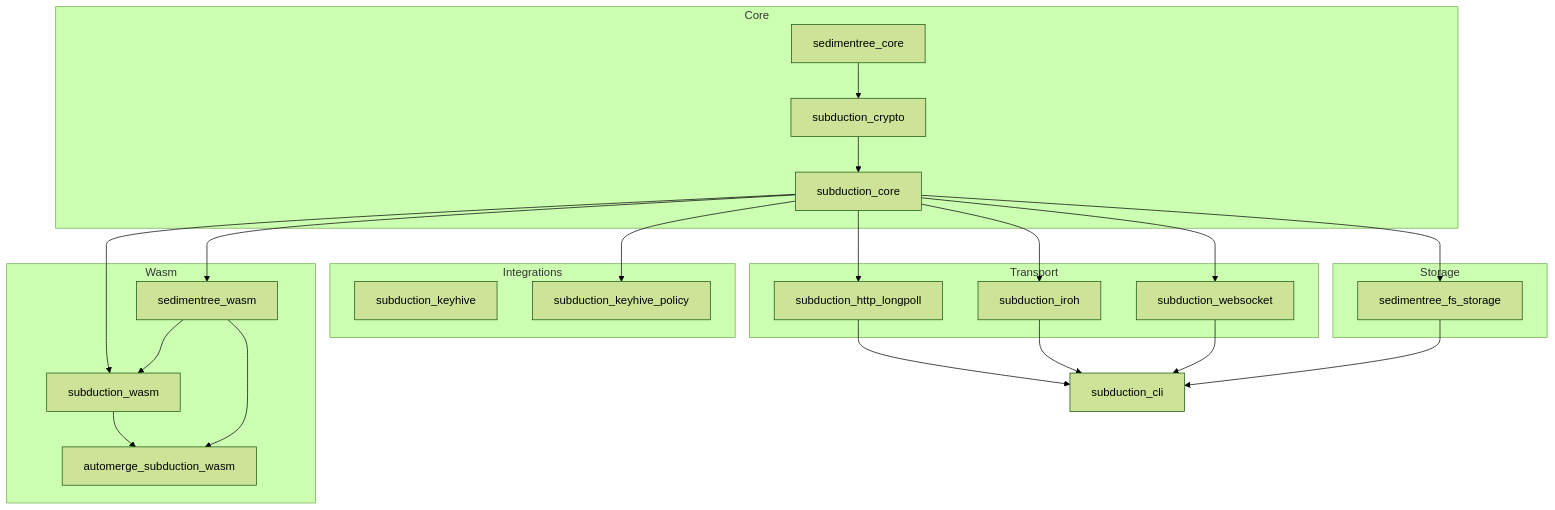
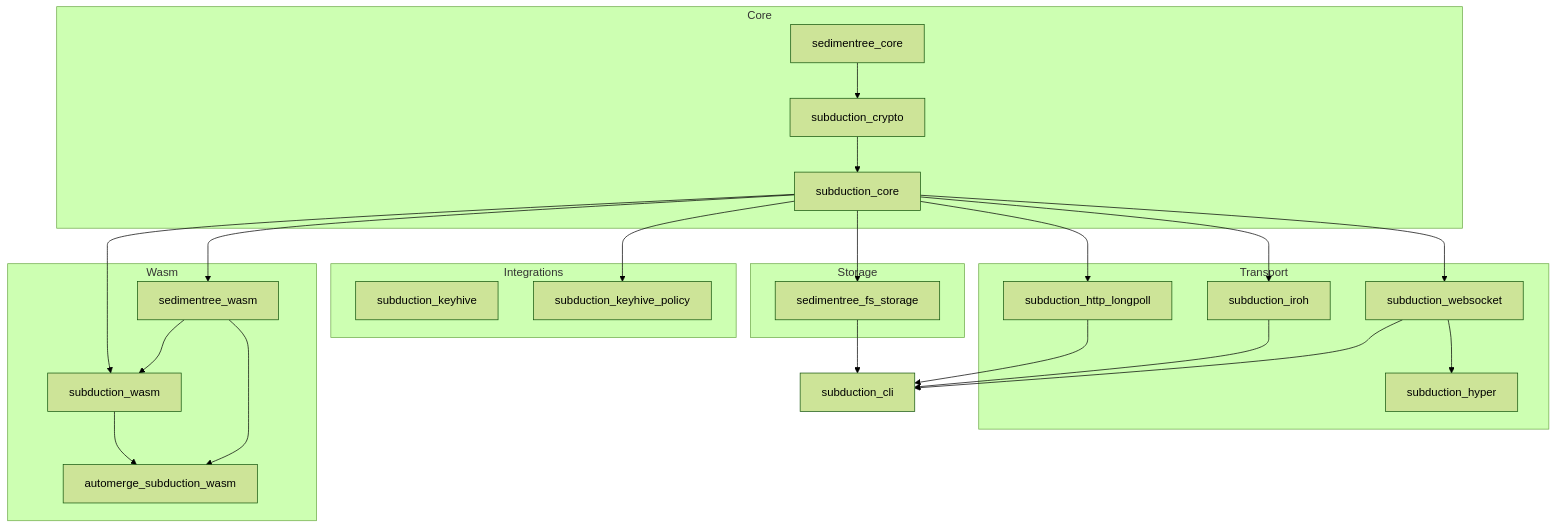
Before and after one commit to inkandswitch/subduction: the diagram in README.md, drawn with Mermaid (forest theme). The commit also changed other lines of this file and 14 other files, not shown here.

````diff
--- a/README.md
+++ b/README.md
@@ -29,52 +29,54 @@
 ```mermaid
 graph TD
     subgraph Core
         sedimentree_core
         subduction_crypto
         subduction_core
     end
 
     subgraph Storage
         sedimentree_fs_storage
     end
 
     subgraph Transport
         subduction_http_longpoll
+        subduction_hyper
         subduction_iroh
         subduction_websocket
     end
 
     subgraph Integrations
         subduction_keyhive
         subduction_keyhive_policy
     end
 
     subgraph Wasm
         sedimentree_wasm
         subduction_wasm
         automerge_subduction_wasm
     end
 
     subduction_cli
 
     sedimentree_core --> subduction_crypto
     subduction_crypto --> subduction_core
 
     subduction_core --> sedimentree_fs_storage
     subduction_core --> subduction_http_longpoll
     subduction_core --> subduction_iroh
     subduction_core --> subduction_websocket
+    subduction_websocket --> subduction_hyper
     subduction_core --> subduction_keyhive_policy
 
     subduction_core --> sedimentree_wasm
     subduction_core --> subduction_wasm
     sedimentree_wasm --> subduction_wasm
 
     subduction_wasm --> automerge_subduction_wasm
     sedimentree_wasm --> automerge_subduction_wasm
 
     subduction_http_longpoll --> subduction_cli
     subduction_iroh --> subduction_cli
     subduction_websocket --> subduction_cli
     sedimentree_fs_storage --> subduction_cli
 ```
````
